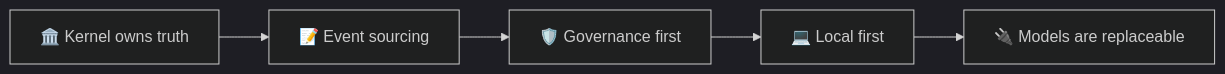
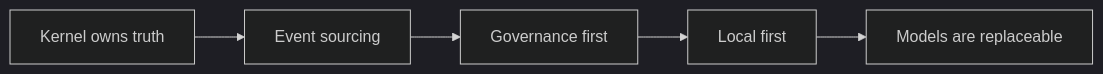
Before and after one commit to gaganjainse/nexus-kernel: the second of 5 diagrams in README.md, drawn with Mermaid (dark theme). The commit also changed other lines of this file, not shown here.

Commit message:
chore: record local state after the reorganisation

````diff
--- a/README.md
+++ b/README.md
@@ -185,7 +186,7 @@
 ```mermaid
 graph LR
-    A["🏛️ Kernel owns truth"] --> B["📝 Event sourcing"]
-    B --> C["🛡️ Governance first"]
-    C --> D["💻 Local first"]
-    D --> E["🔌 Models are replaceable"]
+    A[" Kernel owns truth"] --> B[" Event sourcing"]
+    B --> C[" Governance first"]
+    C --> D[" Local first"]
+    D --> E[" Models are replaceable"]
 ```
````
